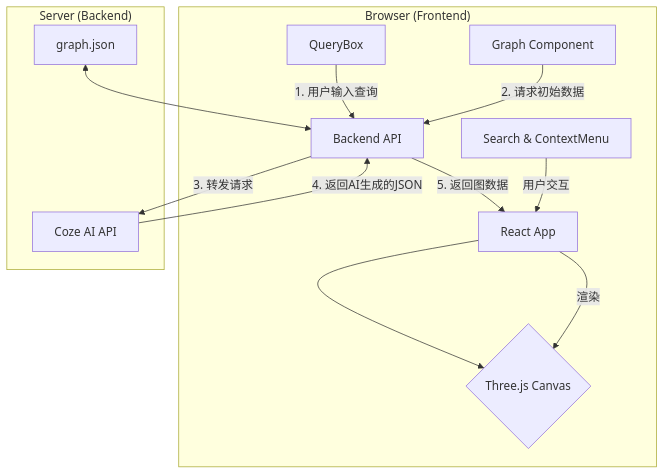
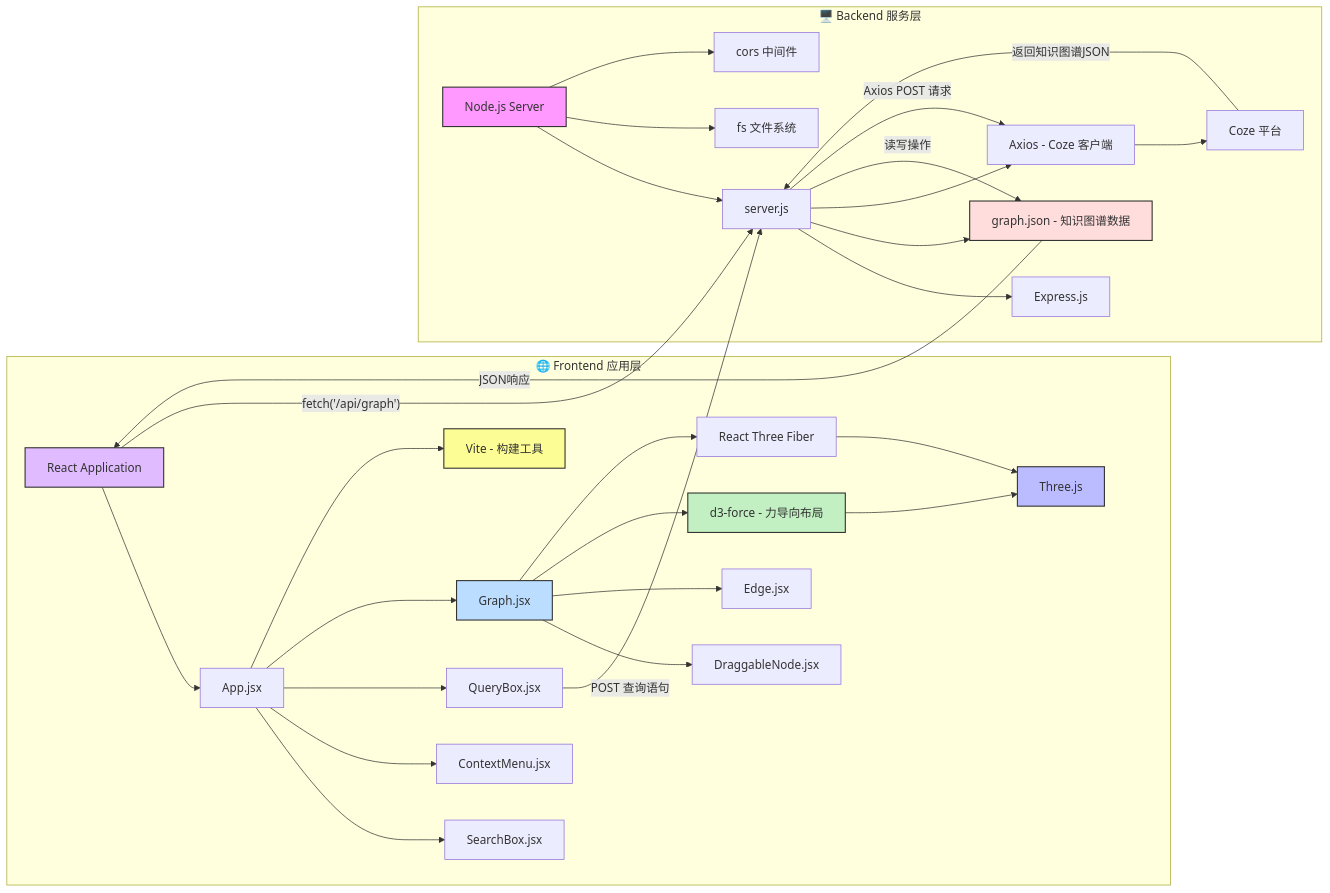
The diagram in README.md (freegoxing/knowledge-graph), drawn with Mermaid before and after one commit. The commit also changed 3 other files, not shown here.

````diff
--- a/README.md
+++ b/README.md
@@ -35,17 +35,49 @@
 ```mermaid
-graph TD
-    subgraph "Browser (Frontend)"
-        A[React App] --> B{Three.js Canvas};
-        C[QueryBox] -- "1. 用户输入查询" --> D[Backend API];
-        D -- "5. 返回图数据" --> A;
-        E[Graph Component] -- "2. 请求初始数据" --> D;
-        A -- "渲染" --> B;
-        F["Search & ContextMenu"] -- "用户交互" --> A;
-    end
+flowchart LR
+  %% === Frontend 主体结构 ===
+  subgraph Frontend [🌐 Frontend 应用层]
+    A[React Application]
+    A --> B[App.jsx]
+    B --> B1[SearchBox.jsx]
+    B --> B2[ContextMenu.jsx]
+    B --> B3[QueryBox.jsx]
+    B --> B4[Graph.jsx]
+    B4 --> C1[DraggableNode.jsx]
+    B4 --> C2[Edge.jsx]
+    B4 --> C3[d3-force - 力导向布局]
+    B4 --> C4[React Three Fiber]
+    C4 --> C5[Three.js]
+    C3 --> C5
+    B --> D[Vite - 构建工具]
+  end
 
-    subgraph "Server (Backend)"
-        D -- "3. 转发请求" --> G[Coze AI API];
-        G -- "4. 返回AI生成的JSON" --> D;
-        H[graph.json] <--> D;
-    end
+  %% === Backend 主体结构 ===
+  subgraph Backend [🖥️ Backend 服务层]
+    E[Node.js Server]
+    E --> F[server.js]
+    F --> G[Express.js]
+    F --> H[graph.json - 知识图谱数据]
+    F --> I[Axios - Coze 客户端]
+    I --> J[Coze 平台]
+    E --> K[fs 文件系统]
+    E --> L[cors 中间件]
+  end
+
+  %% === 数据流关系 ===
+  A -- "fetch('/api/graph')" --> F
+  B3 -- "POST 查询语句" --> F
+  F -- "读写操作" --> H
+  F -- "Axios POST 请求" --> I
+  J -- "返回知识图谱JSON" --> F
+  H -- "JSON响应" --> A
+
+  %% === 样式区 ===
+  style A fill:#e0bbff,stroke:#333,stroke-width:1.5px
+  style B4 fill:#bbddff,stroke:#333,stroke-width:1.5px
+  style C5 fill:#bbf,stroke:#333,stroke-width:1.5px
+  style C3 fill:#c2f0c2,stroke:#333,stroke-width:1.5px
+  style D fill:#fdfd96,stroke:#333,stroke-width:1.5px
+  style E fill:#f9f,stroke:#333,stroke-width:1.5px
+  style H fill:#fdd,stroke:#333,stroke-width:1.5px
+
 ```
````
